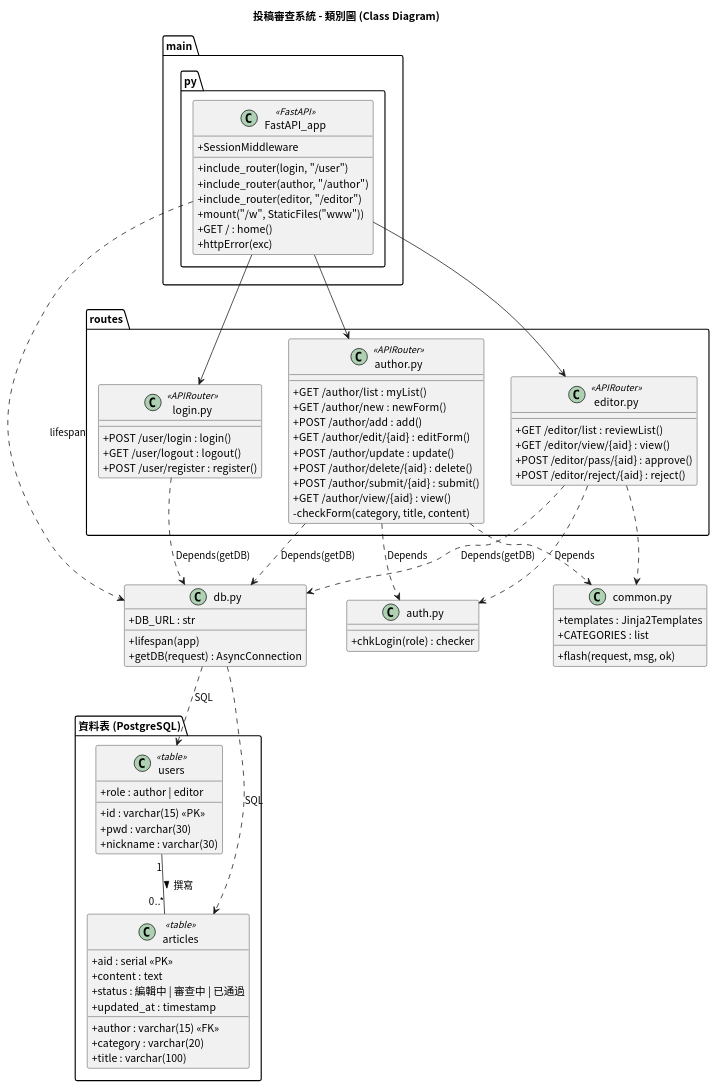
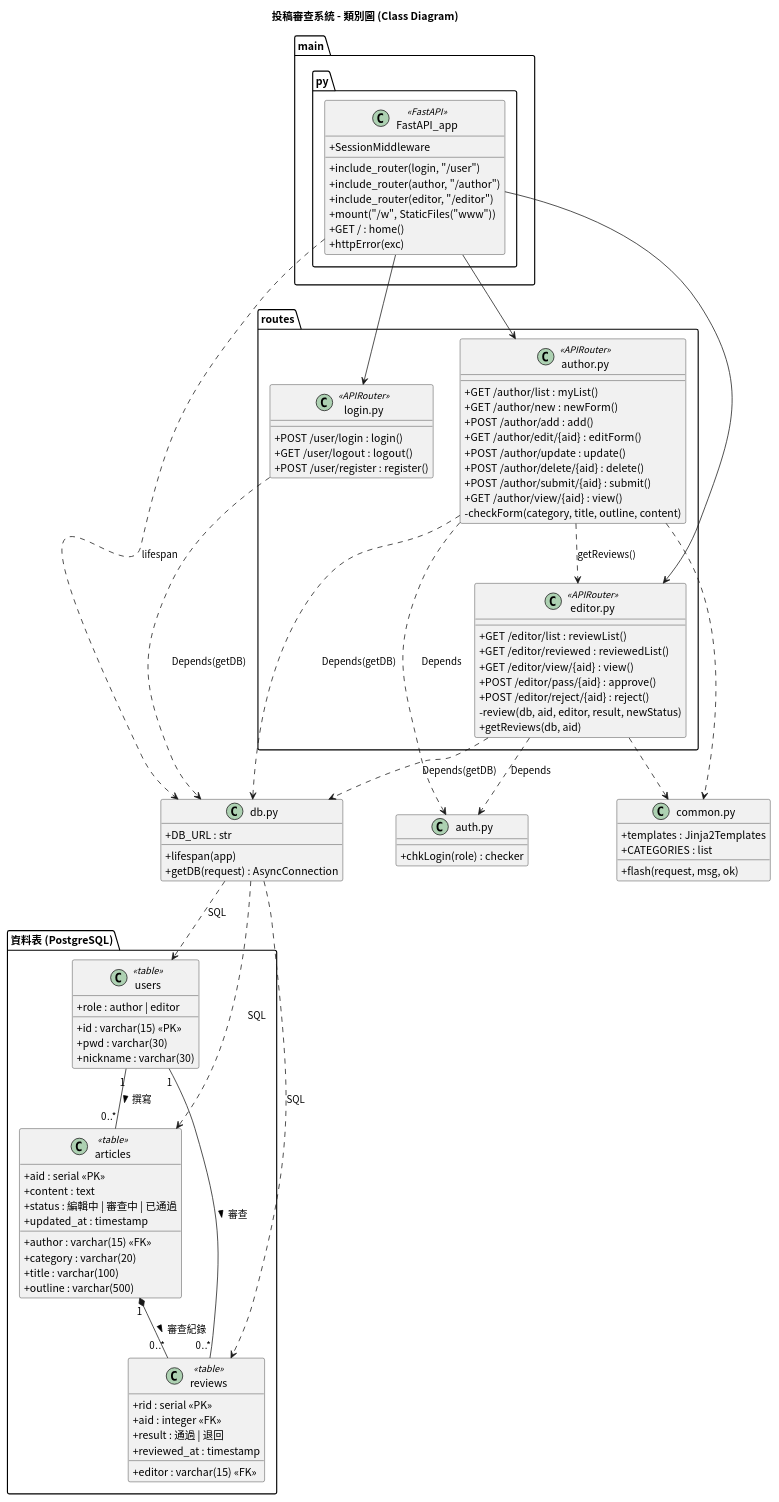
Before and after one commit to 617-lyx/1151se_mid: the diagram in docs/uml/02_class_diagram.puml, drawn with PlantUML. The commit also changed 20 other files, not shown here.

```diff
--- a/docs/uml/02_class_diagram.puml
+++ b/docs/uml/02_class_diagram.puml
@@ -1,91 +1,106 @@
 @startuml 02_class_diagram
 skinparam defaultFontName "Noto Sans CJK TC"
 skinparam shadowing false
 skinparam backgroundColor white
 title 投稿審查系統 - 類別圖 (Class Diagram)
 skinparam classAttributeIconSize 0
 
 package "main.py" {
   class FastAPI_app <<FastAPI>> {
     + SessionMiddleware
     + include_router(login, "/user")
     + include_router(author, "/author")
     + include_router(editor, "/editor")
     + mount("/w", StaticFiles("www"))
     + GET / : home()
     + httpError(exc)
   }
 }
 
 package "routes" {
   class "login.py" as LoginRouter <<APIRouter>> {
     + POST /user/login : login()
     + GET  /user/logout : logout()
     + POST /user/register : register()
   }
   class "author.py" as AuthorRouter <<APIRouter>> {
     + GET  /author/list : myList()
     + GET  /author/new : newForm()
     + POST /author/add : add()
     + GET  /author/edit/{aid} : editForm()
     + POST /author/update : update()
     + POST /author/delete/{aid} : delete()
     + POST /author/submit/{aid} : submit()
     + GET  /author/view/{aid} : view()
-    - checkForm(category, title, content)
+    - checkForm(category, title, outline, content)
   }
   class "editor.py" as EditorRouter <<APIRouter>> {
     + GET  /editor/list : reviewList()
+    + GET  /editor/reviewed : reviewedList()
     + GET  /editor/view/{aid} : view()
     + POST /editor/pass/{aid} : approve()
     + POST /editor/reject/{aid} : reject()
+    - review(db, aid, editor, result, newStatus)
+    + getReviews(db, aid)
   }
 }
 
 class "auth.py" as Auth {
   + chkLogin(role) : checker
 }
 class "db.py" as DB {
   + DB_URL : str
   + lifespan(app)
   + getDB(request) : AsyncConnection
 }
 class "common.py" as Common {
   + templates : Jinja2Templates
   + CATEGORIES : list
   + flash(request, msg, ok)
 }
 
 package "資料表 (PostgreSQL)" {
   class users <<table>> {
     + id : varchar(15) <<PK>>
     + pwd : varchar(30)
     + nickname : varchar(30)
     + role : author | editor
   }
   class articles <<table>> {
     + aid : serial <<PK>>
     + author : varchar(15) <<FK>>
     + category : varchar(20)
     + title : varchar(100)
+    + outline : varchar(500)
     + content : text
     + status : 編輯中 | 審查中 | 已通過
     + updated_at : timestamp
   }
-}
 
 FastAPI_app --> LoginRouter
 FastAPI_app --> AuthorRouter
 FastAPI_app --> EditorRouter
 FastAPI_app ..> DB : lifespan
 AuthorRouter ..> Auth : Depends
 EditorRouter ..> Auth : Depends
 LoginRouter ..> DB : Depends(getDB)
 AuthorRouter ..> DB : Depends(getDB)
 EditorRouter ..> DB : Depends(getDB)
 AuthorRouter ..> Common
 EditorRouter ..> Common
 DB ..> users : SQL
 DB ..> articles : SQL
+  class reviews <<table>> {
+    + rid : serial <<PK>>
+    + aid : integer <<FK>>
+    + editor : varchar(15) <<FK>>
+    + result : 通過 | 退回
+    + reviewed_at : timestamp
+  }
+}
 users "1" -- "0..*" articles : 撰寫 >
+articles "1" *-- "0..*" reviews : 審查紀錄 >
+users "1" -- "0..*" reviews : 審查 >
+DB ..> reviews : SQL
+AuthorRouter ..> EditorRouter : getReviews()
 @enduml
```
